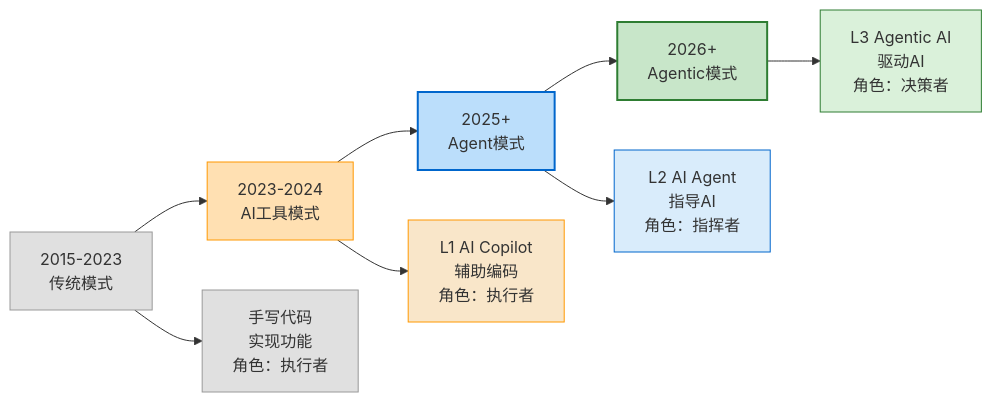
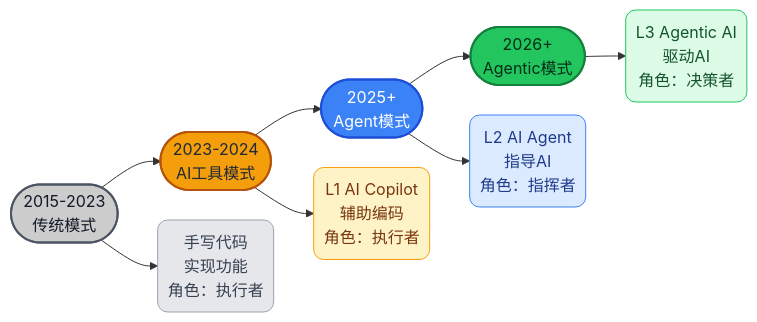
Before and after one commit to microwind/algorithms: the first of 4 diagrams in start-here/Why-Programmers-35-Plus-Are-Thriving-in-AI-Era.md, drawn with Mermaid. The commit also changed other lines of this file and 3 other files, not shown here.

````diff
--- a/start-here/Why-Programmers-35-Plus-Are-Thriving-in-AI-Era.md
+++ b/start-here/Why-Programmers-35-Plus-Are-Thriving-in-AI-Era.md
@@ -31,28 +31,30 @@
 ```mermaid
+%%{init: {'flowchart': {'nodeSpacing': 30, 'rankSpacing': 40, 'padding': 10}}}%%
 graph LR
 
     %% ===== 时间线主线 =====
-    P["2015-2023<br/>传统模式"] --> Q["2023-2024<br/>AI工具模式"] --> R["2025+<br/>Agent模式"] --> S["2026+<br/>Agentic模式"]
+    P(["2015-2023<br/>传统模式"]) --> Q(["2023-2024<br/>AI工具模式"]) --> R(["2025+<br/>Agent模式"]) --> S(["2026+<br/>Agentic模式"])
 
     %% ===== 核心能力纵向显示 =====
-    P1["手写代码<br/>实现功能<br/>角色：执行者"] 
-    Q1["L1 AI Copilot<br/>辅助编码<br/>角色：执行者"] 
-    R1["L2 AI Agent<br/>指导AI<br/>角色：指挥者"] 
-    S1["L3 Agentic AI<br/>驱动AI<br/>角色：决策者"]
+    P1("手写代码<br/>实现功能<br/>角色：执行者")
+    Q1("L1 AI Copilot<br/>辅助编码<br/>角色：执行者")
+    R1("L2 AI Agent<br/>指导AI<br/>角色：指挥者")
+    S1("L3 Agentic AI<br/>驱动AI<br/>角色：决策者")
 
     P --> P1
     Q --> Q1
     R --> R1
     S --> S1
 
-    %% ===== 节点颜色 =====
-    style P fill:#e0e0e0,stroke:#999999
-    style Q fill:#ffe0b2,stroke:#ff9800
-    style R fill:#bbdefb,stroke:#0066cc,stroke-width:2px
-    style S fill:#c8e6c9,stroke:#2e7d32,stroke-width:2px
+    %% ===== 主节点（更深色，更突出阶段）=====
+    style P fill:#ccc,stroke:#4B5563,color:#111827,stroke-width:2px,rx:12,ry:12
+    style Q fill:#F59E0B,stroke:#B45309,color:#1F2937,stroke-width:2px,rx:12,ry:12
+    style R fill:#3B82F6,stroke:#1D4ED8,color:#ffffff,stroke-width:2px,rx:12,ry:12
+    style S fill:#22C55E,stroke:#15803D,color:#052e16,stroke-width:2px,rx:12,ry:12
 
-    style P1 fill:#e0e0e0,stroke:#999999
-    style Q1 fill:#F9E6C9,stroke:#ff9800
-    style R1 fill:#D9ECFB,stroke:#0066cc
-    style S1 fill:#DAF1DA,stroke:#2e7d32
+    %% ===== 子节点（同色系浅色，形成层级）=====
+    style P1 fill:#E5E7EB,stroke:#9CA3AF,color:#374151,rx:10,ry:10
+    style Q1 fill:#FEF3C7,stroke:#F59E0B,color:#78350F,rx:10,ry:10
+    style R1 fill:#DBEAFE,stroke:#3B82F6,color:#1E3A8A,rx:10,ry:10
+    style S1 fill:#DCFCE7,stroke:#22C55E,color:#14532D,rx:10,ry:10
 ```
````
